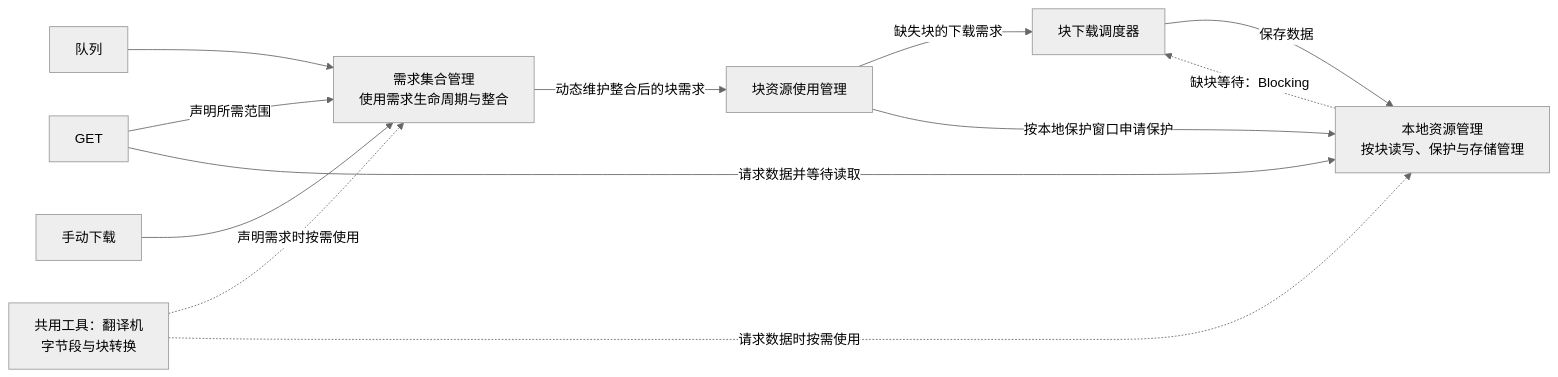
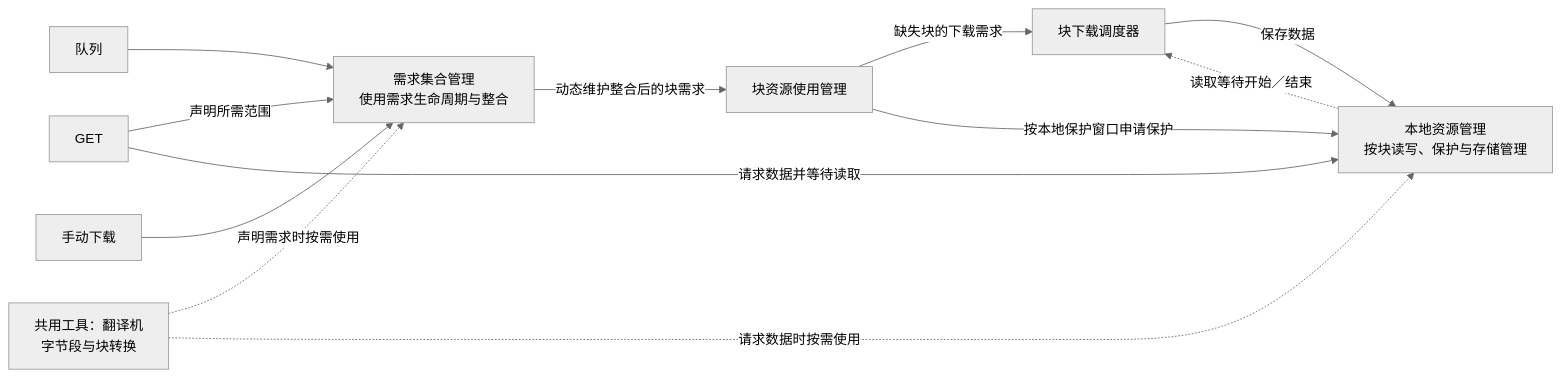
The diagram in docs/download-resource-design.md (SW26010/still-wanna-dance), drawn with Mermaid (neutral theme) before and after one commit. The commit also changed other lines of this file and 37 other files, not shown here.

Commit message:
refactor(download): move blocking read ownership into scheduler

````diff
--- a/docs/download-resource-design.md
+++ b/docs/download-resource-design.md
@@ -28,24 +28,24 @@
 ```mermaid
 flowchart LR
     Get["GET"]
     Queue["队列"]
     Manual["手动下载"]
     Demand["需求集合管理<br/>使用需求生命周期与整合"]
     Use["块资源使用管理"]
     Scheduler["块下载调度器"]
     Local["本地资源管理<br/>按块读写、保护与存储管理"]
 
     Get -->|声明所需范围| Demand
     Queue --> Demand
     Manual --> Demand
     Demand -->|动态维护整合后的块需求| Use
     Use -->|缺失块的下载需求| Scheduler
     Use -->|按本地保护窗口申请保护| Local
     Scheduler -->|保存数据| Local
     Get -->|请求数据并等待读取| Local
-    Local -.->|缺块等待：Blocking| Scheduler
+    Local -.->|读取等待开始／结束| Scheduler
 
     Translate["共用工具：翻译机<br/>字节段与块转换"]
     Translate -.->|声明需求时按需使用| Demand
     Translate -.->|请求数据时按需使用| Local
 ```
````
